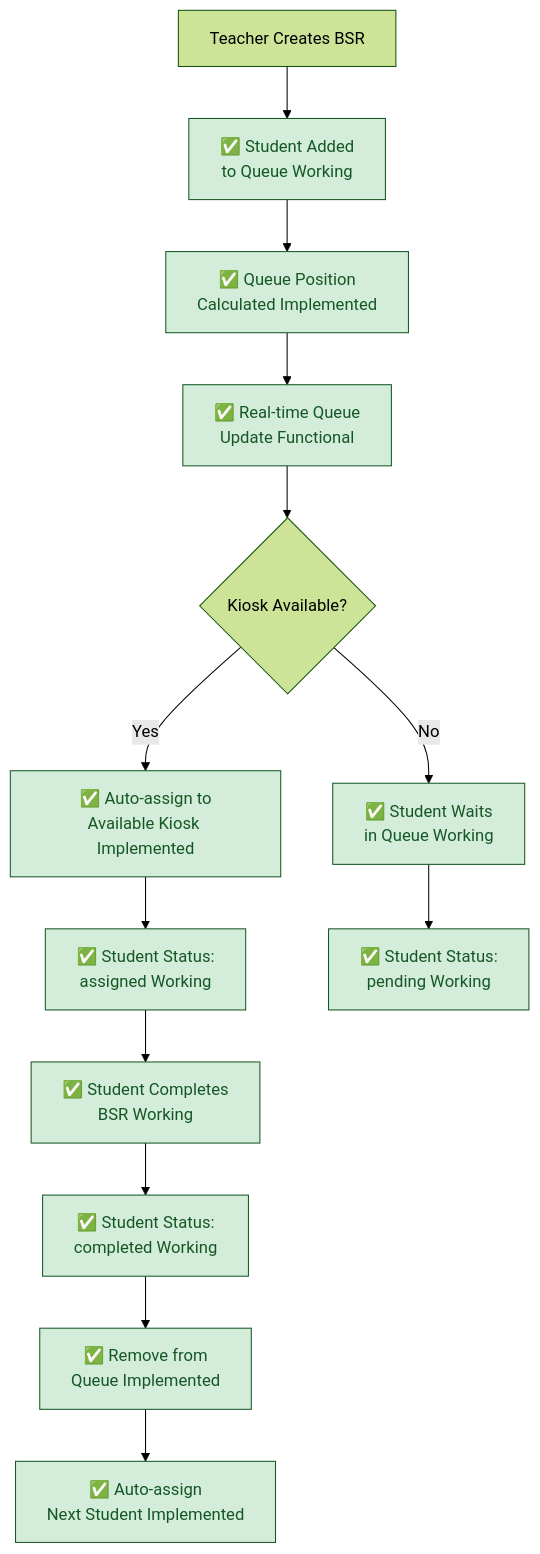
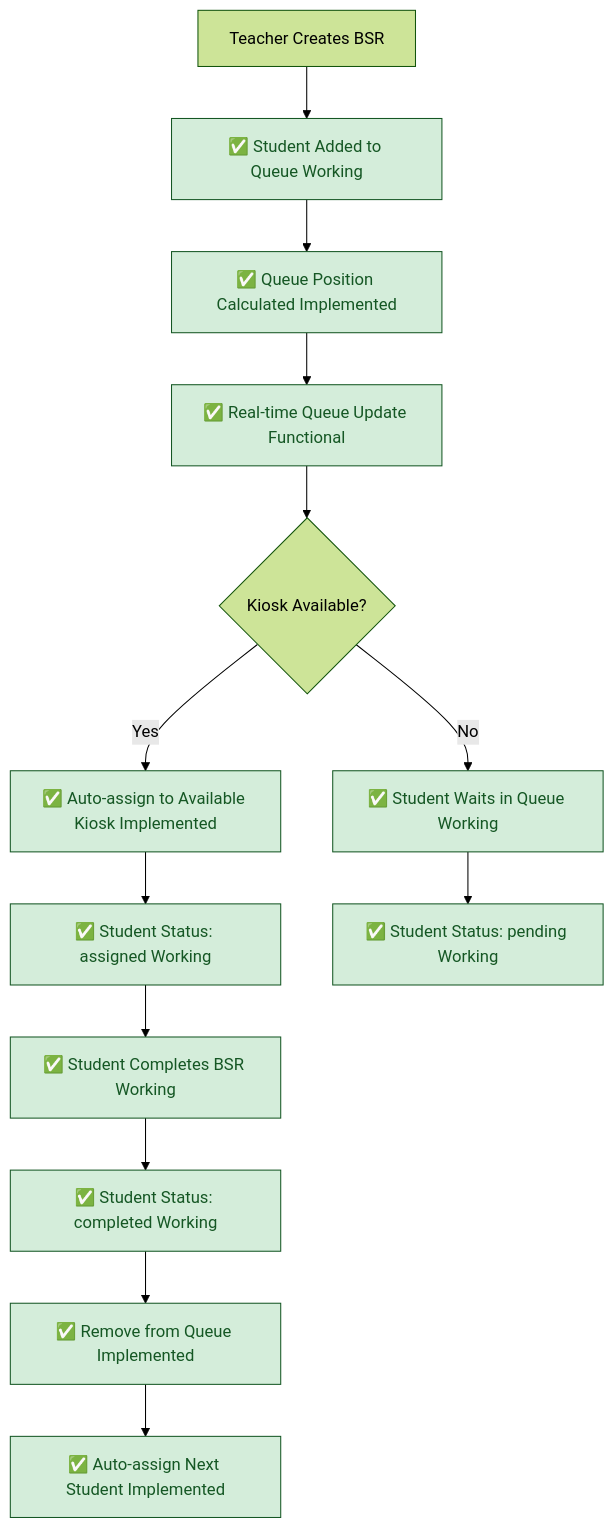
The first of 6 diagrams in docs/flowcharts/Current-State/07-current-queue-management.md (Splurfa/bx-os), drawn with Mermaid (forest theme) before and after one commit. The commit also changed 7 other files, not shown here.

Commit message:
Fix Mermaid text wrapping

````diff
--- a/docs/flowcharts/Current-State/07-current-queue-management.md
+++ b/docs/flowcharts/Current-State/07-current-queue-management.md
@@ -9,22 +9,22 @@
 ```mermaid
 flowchart TD
-    A[Teacher Creates BSR] --> B[✅ Student Added<br/>to Queue Working]
-    B --> C[✅ Queue Position<br/>Calculated Implemented]
-    C --> D[✅ Real-time Queue<br/>Update Functional]
+    A["`Teacher Creates BSR`"] --> B["`✅ Student Added to Queue Working`"]
+    B --> C["`✅ Queue Position Calculated Implemented`"]
+    C --> D["`✅ Real-time Queue Update Functional`"]
     
-    D --> E{Kiosk Available?}
-    E -->|Yes| F[✅ Auto-assign to<br/>Available Kiosk Implemented]
-    E -->|No| G[✅ Student Waits<br/>in Queue Working]
+    D --> E{"`Kiosk Available?`"}
+    E -->|Yes| F["`✅ Auto-assign to Available Kiosk Implemented`"]
+    E -->|No| G["`✅ Student Waits in Queue Working`"]
     
-    F --> H[✅ Student Status:<br/>assigned Working]
-    G --> I[✅ Student Status:<br/>pending Working]
+    F --> H["`✅ Student Status: assigned Working`"]
+    G --> I["`✅ Student Status: pending Working`"]
     
-    H --> J[✅ Student Completes<br/>BSR Working]
-    J --> K[✅ Student Status:<br/>completed Working]
-    K --> L[✅ Remove from<br/>Queue Implemented]
-    L --> M[✅ Auto-assign<br/>Next Student Implemented]
+    H --> J["`✅ Student Completes BSR Working`"]
+    J --> K["`✅ Student Status: completed Working`"]
+    K --> L["`✅ Remove from Queue Implemented`"]
+    L --> M["`✅ Auto-assign Next Student Implemented`"]
     
     classDef working fill:#d4edda,stroke:#155724,color:#155724
     
     class B,C,D,F,G,H,I,J,K,L,M working
 ```
````
